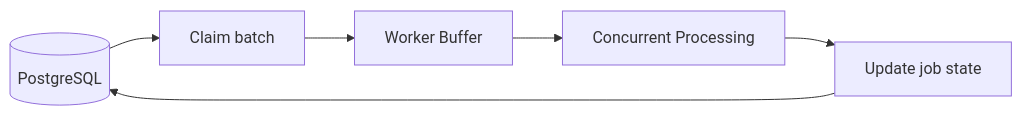
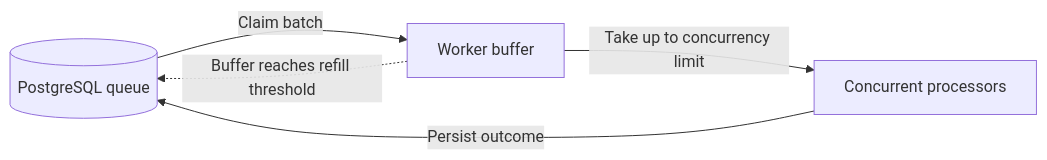
One commit to guptakrish490/FlowForge changed the fourth of 5 diagrams in README.md. Above: the diagram before and after it, drawn with Mermaid. The commit also changed other lines of this file, not shown here.

````diff
--- a/README.md
+++ b/README.md
@@ -181,10 +185,7 @@
 ```mermaid
 flowchart LR
-    DB[("PostgreSQL")]
-    Claim["Claim batch"]
-    Buffer["Worker Buffer"]
-    Process["Concurrent Processing"]
-    Update["Update job state"]
-
-    DB --> Claim --> Buffer --> Process --> Update --> DB
+    Q[("PostgreSQL queue")] -->|Claim batch| B["Worker buffer"]
+    B -->|Take up to concurrency limit| P["Concurrent processors"]
+    P -->|Persist outcome| Q
+    B -. "Buffer reaches refill threshold" .-> Q
 ```
````
